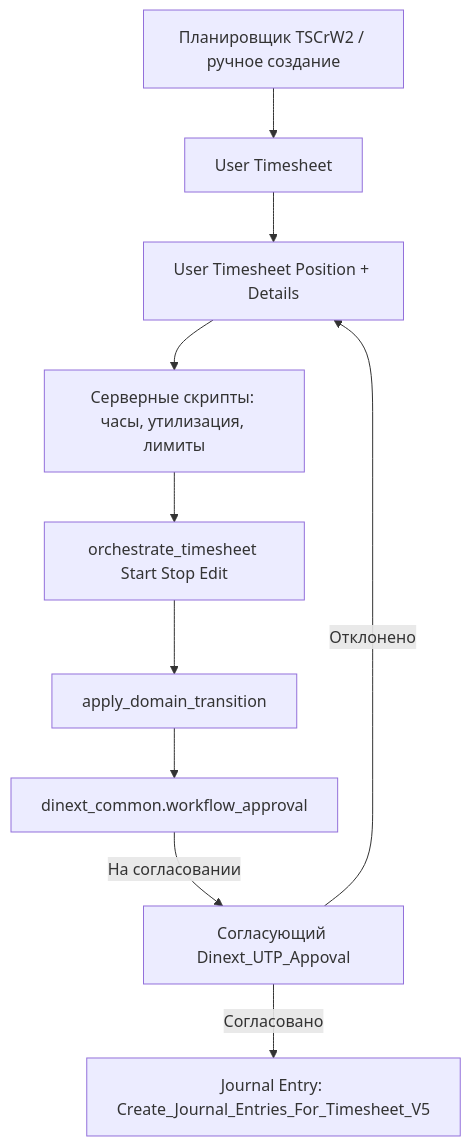
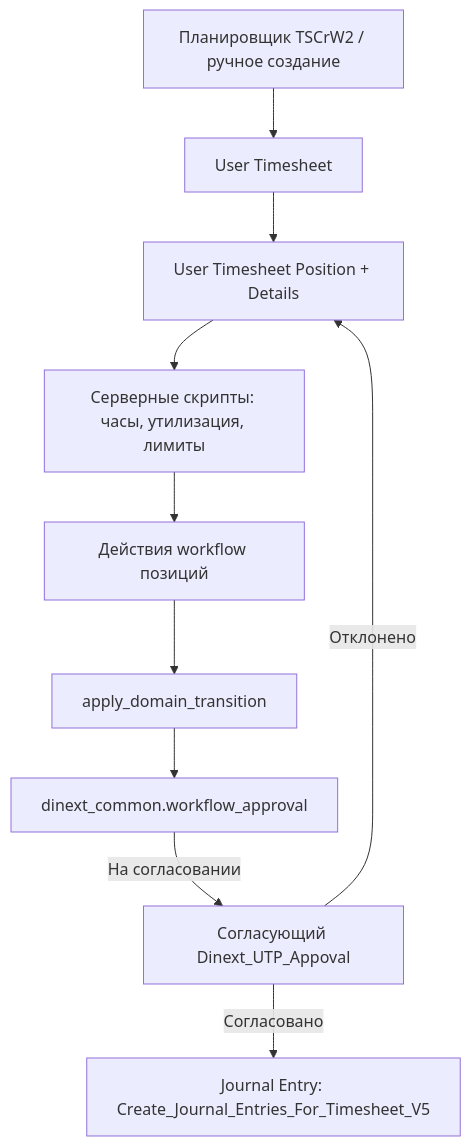
One commit to Dinext-pro/dinext-timesheets changed the first of 2 diagrams in README.md. Above: the diagram before and after it, drawn with Mermaid. The commit also changed other lines of this file and 17 other files, not shown here.

First line of the commit message:
feat(timesheets): enhance timesheet settings and workflow actions

````diff
--- a/README.md
+++ b/README.md
@@ -244,12 +244,12 @@
 ```mermaid
 flowchart TD
     A[Планировщик TSCrW2 / ручное создание] --> B[User Timesheet]
     B --> C[User Timesheet Position + Details]
     C --> D[Серверные скрипты: часы, утилизация, лимиты]
-    D --> E[orchestrate_timesheet Start Stop Edit]
+    D --> E[Действия workflow позиций]
     E --> F[apply_domain_transition]
     F --> G[dinext_common.workflow_approval]
     G -->|На согласовании| H[Согласующий Dinext_UTP_Appoval]
     H -->|Согласовано| I[Journal Entry: Create_Journal_Entries_For_Timesheet_V5]
     H -->|Отклонено| C
 ```
````
